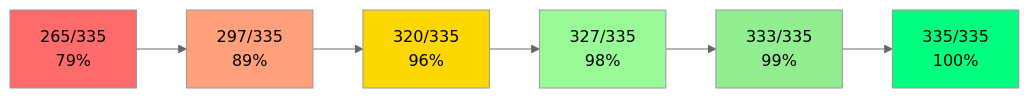
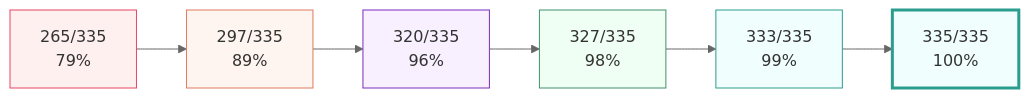
Before and after one commit to asengupta/avishek.net: the first of 11 diagrams in _posts/2026-04-09-reverse-engineering-legacy-natural-programs-with-test-harnesses.md, drawn with Mermaid (neutral theme). The commit also changed other lines of this file and 3 other files, not shown here.

First line of the commit message:
docs: expand JOBOL blog post with Day 9 Ralph Loop, timeline, and CSS print fixes

````diff
--- a/_posts/2026-04-09-reverse-engineering-legacy-natural-programs-with-test-harnesses.md
+++ b/_posts/2026-04-09-reverse-engineering-legacy-natural-programs-with-test-harnesses.md
@@ -129,15 +139,15 @@
 ```mermaid
 graph LR
     A[265/335<br/>79%] --> B[297/335<br/>89%]
     B --> C[320/335<br/>96%]
     C --> D[327/335<br/>98%]
     D --> E[333/335<br/>99%]
     E --> F[335/335<br/>100%]
     
-    style A fill:#ff6b6b
-    style B fill:#ffa07a
-    style C fill:#ffd700
-    style D fill:#98fb98
-    style E fill:#90ee90
-    style F fill:#00ff7f
+    style A fill:#fff0f0,stroke:#e94560,color:#333
+    style B fill:#fff5f0,stroke:#e07a5f,color:#333
+    style C fill:#f8f0ff,stroke:#7b2cbf,color:#333
+    style D fill:#f0fff4,stroke:#40916c,color:#333
+    style E fill:#f0fffe,stroke:#2a9d8f,color:#333
+    style F fill:#f0fffe,stroke:#2a9d8f,color:#333,stroke-width:3px
 ```
````
